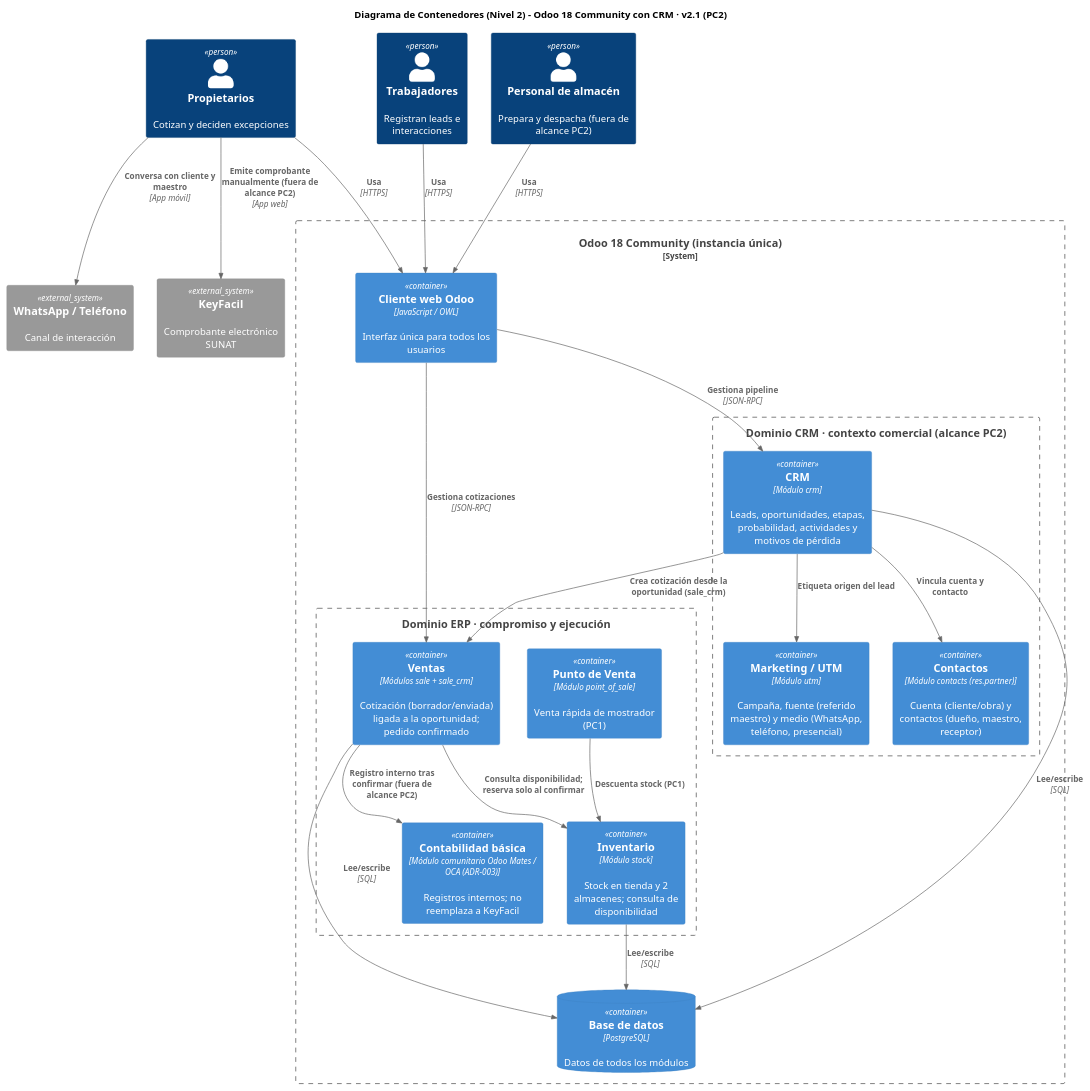
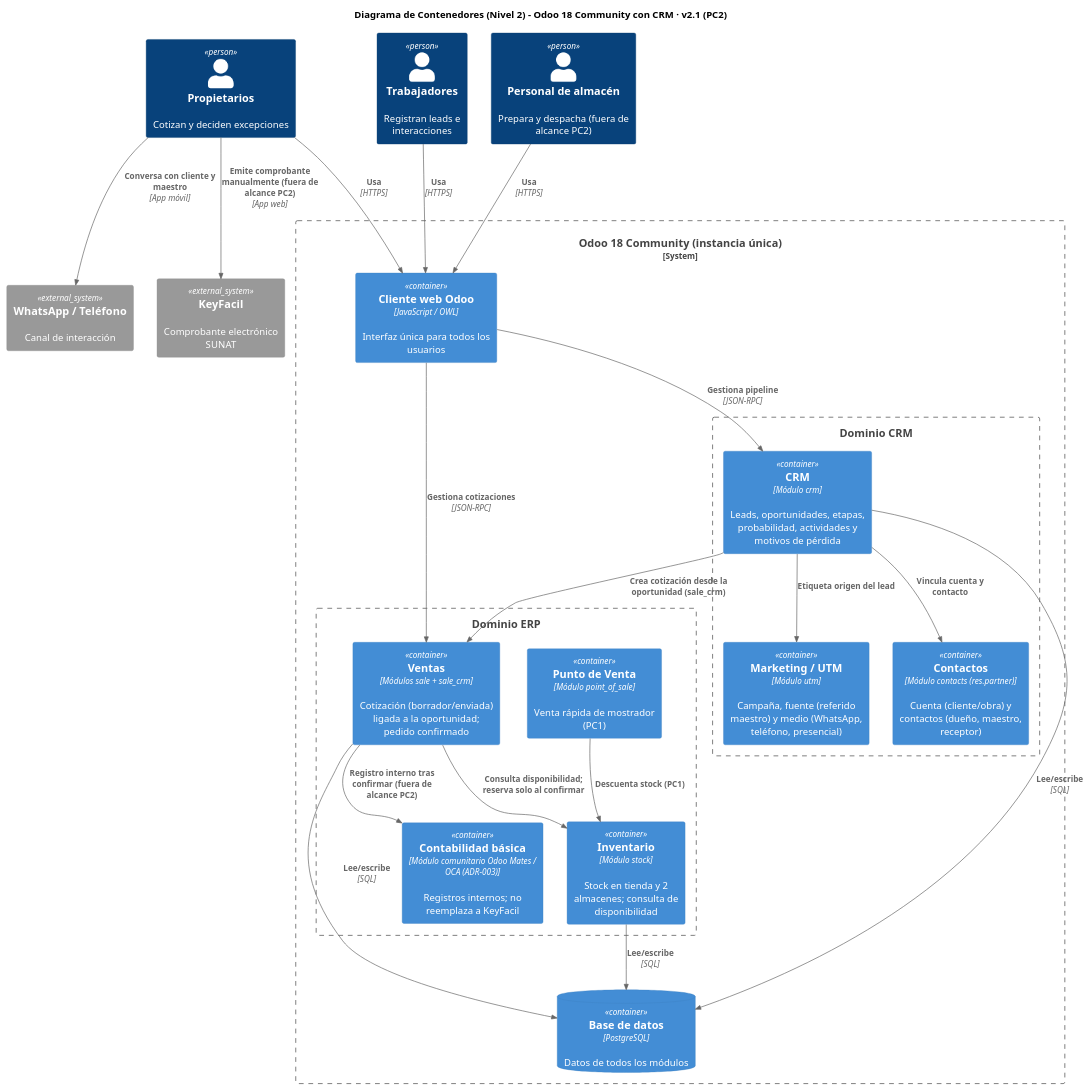
The diagram in arquitectura/vistas/c4/fuentes/contenedores.puml (dieg0-29/migal-erp), drawn with PlantUML before and after one commit. The commit also changed 1 other file, not shown here.

```diff
--- a/arquitectura/vistas/c4/fuentes/contenedores.puml
+++ b/arquitectura/vistas/c4/fuentes/contenedores.puml
@@ -1,47 +1,47 @@
 @startuml
 !include https://raw.githubusercontent.com/plantuml-stdlib/C4-PlantUML/master/C4_Container.puml
 ' v2.1 (PC2): se agregan CRM y Marketing/UTM (módulos nativos de Odoo 18 Community, licencia LGPLv3) · ADR-004
 ' Frontera conceptual: CRM conserva el contexto comercial hasta la cotización; ERP compromete y ejecuta desde la confirmación.
 title Diagrama de Contenedores (Nivel 2) - Odoo 18 Community con CRM · v2.1 (PC2)
 
 Person(prop, "Propietarios", "Cotizan y deciden excepciones")
 Person(trab, "Trabajadores", "Registran leads e interacciones")
 Person(alm, "Personal de almacén", "Prepara y despacha (fuera de alcance PC2)")
 System_Ext(whatsapp, "WhatsApp / Teléfono", "Canal de interacción")
 System_Ext(keyfacil, "KeyFacil", "Comprobante electrónico SUNAT")
 
 System_Boundary(odoo_sys, "Odoo 18 Community (instancia única)") {
     Container(web, "Cliente web Odoo", "JavaScript / OWL", "Interfaz única para todos los usuarios")
 
-    Boundary(crm_b, "Dominio CRM · contexto comercial (alcance PC2)") {
+    Boundary(crm_b, "Dominio CRM") {
         Container(crm_mod, "CRM", "Módulo crm", "Leads, oportunidades, etapas, probabilidad, actividades y motivos de pérdida")
         Container(utm_mod, "Marketing / UTM", "Módulo utm", "Campaña, fuente (referido maestro) y medio (WhatsApp, teléfono, presencial)")
         Container(contact_mod, "Contactos", "Módulo contacts (res.partner)", "Cuenta (cliente/obra) y contactos (dueño, maestro, receptor)")
     }
 
-    Boundary(erp_b, "Dominio ERP · compromiso y ejecución") {
+    Boundary(erp_b, "Dominio ERP") {
         Container(sales_mod, "Ventas", "Módulos sale + sale_crm", "Cotización (borrador/enviada) ligada a la oportunidad; pedido confirmado")
         Container(pos_mod, "Punto de Venta", "Módulo point_of_sale", "Venta rápida de mostrador (PC1)")
         Container(inv_mod, "Inventario", "Módulo stock", "Stock en tienda y 2 almacenes; consulta de disponibilidad")
         Container(acc_mod, "Contabilidad básica", "Módulo comunitario Odoo Mates / OCA (ADR-003)", "Registros internos; no reemplaza a KeyFacil")
     }
     ContainerDb(db, "Base de datos", "PostgreSQL", "Datos de todos los módulos")
 }
 
 Rel(trab, web, "Usa", "HTTPS")
 Rel(prop, web, "Usa", "HTTPS")
 Rel(alm, web, "Usa", "HTTPS")
 Rel(prop, whatsapp, "Conversa con cliente y maestro", "App móvil")
 Rel(web, crm_mod, "Gestiona pipeline", "JSON-RPC")
 Rel(web, sales_mod, "Gestiona cotizaciones", "JSON-RPC")
 Rel(crm_mod, utm_mod, "Etiqueta origen del lead")
 Rel(crm_mod, contact_mod, "Vincula cuenta y contacto")
 Rel(crm_mod, sales_mod, "Crea cotización desde la oportunidad (sale_crm)")
 Rel(sales_mod, inv_mod, "Consulta disponibilidad; reserva solo al confirmar")
 Rel(sales_mod, acc_mod, "Registro interno tras confirmar (fuera de alcance PC2)")
 Rel(pos_mod, inv_mod, "Descuenta stock (PC1)")
 Rel(prop, keyfacil, "Emite comprobante manualmente (fuera de alcance PC2)", "App web")
 Rel(crm_mod, db, "Lee/escribe", "SQL")
 Rel(sales_mod, db, "Lee/escribe", "SQL")
 Rel(inv_mod, db, "Lee/escribe", "SQL")
 @enduml
```
